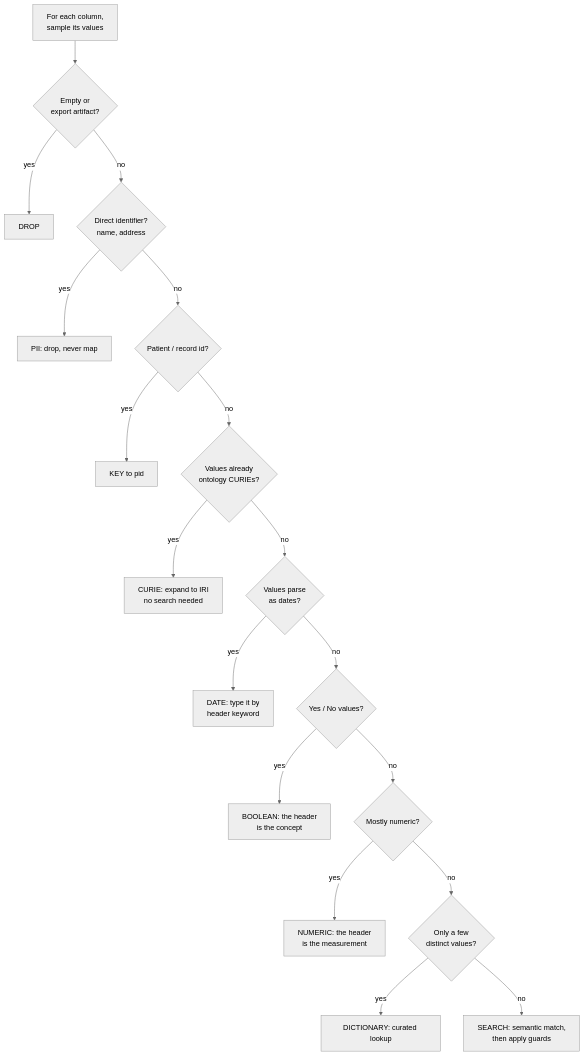
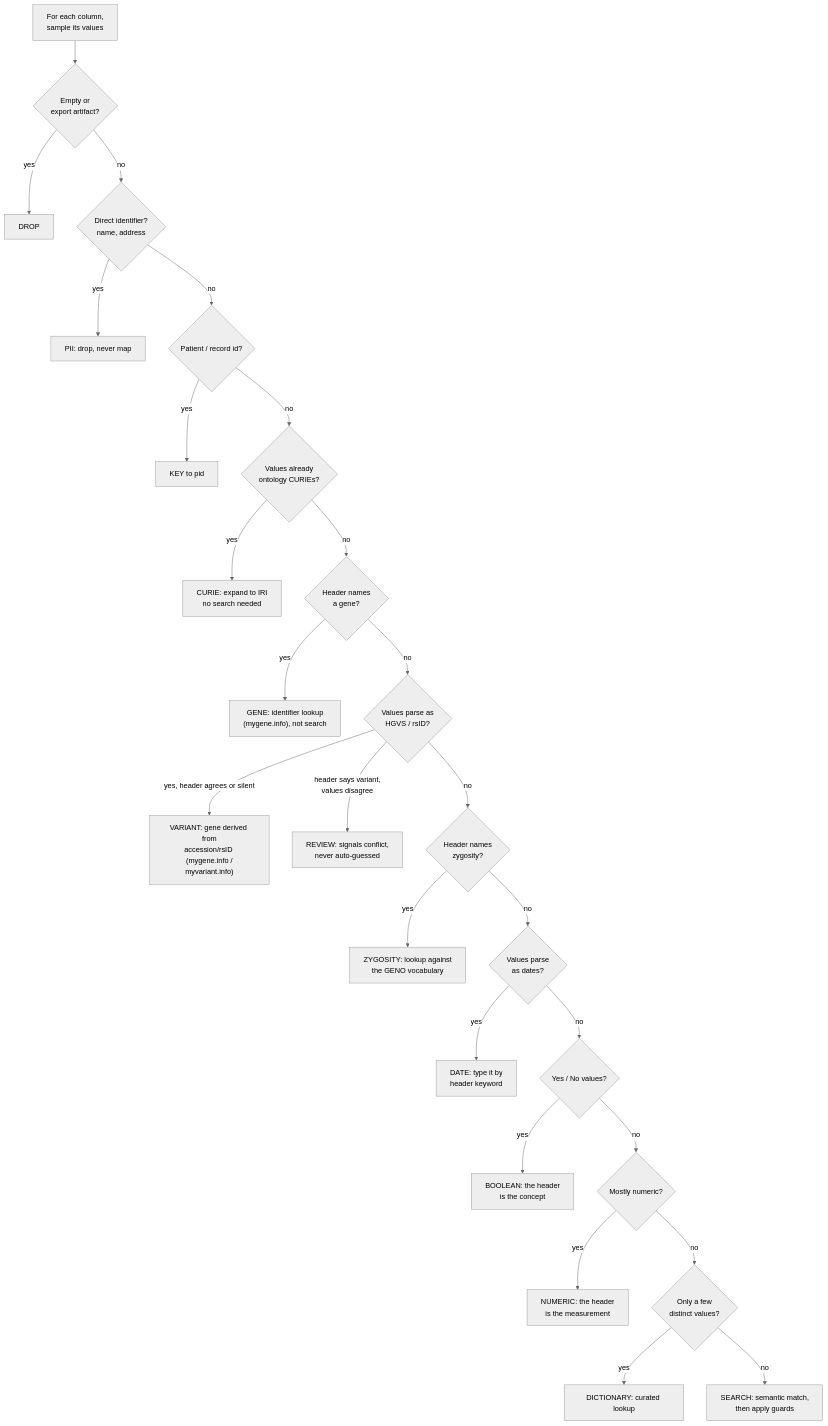
One commit to FAIR-Data-Systems/SIMPATHIC2 changed the second of 2 diagrams in ols_lookup/spreadsheet-2-CARE/PIPELINE.md. Above: the diagram before and after it, drawn with Mermaid (neutral theme). The commit also changed other lines of this file and 7 other files, not shown here.

First line of the commit message:
spreadsheet-2-CARE: add GENE/VARIANT/ZYGOSITY lanes and Genetic CSV emission

````diff
--- a/ols_lookup/spreadsheet-2-CARE/PIPELINE.md
+++ b/ols_lookup/spreadsheet-2-CARE/PIPELINE.md
@@ -62,20 +62,27 @@
 ```mermaid
 flowchart TB
   S["For each column,<br/>sample its values"] --> Q1{"Empty or<br/>export artifact?"}
   Q1 -->|yes| DROP["DROP"]
   Q1 -->|no| Q2{"Direct identifier?<br/>name, address"}
   Q2 -->|yes| PII["PII: drop, never map"]
   Q2 -->|no| Q3{"Patient / record id?"}
   Q3 -->|yes| KEY["KEY to pid"]
   Q3 -->|no| Q4{"Values already<br/>ontology CURIEs?"}
   Q4 -->|yes| CUR["CURIE: expand to IRI<br/>no search needed"]
-  Q4 -->|no| Q5{"Values parse<br/>as dates?"}
+  Q4 -->|no| Q4a{"Header names<br/>a gene?"}
+  Q4a -->|yes| GENE["GENE: identifier lookup<br/>(mygene.info), not search"]
+  Q4a -->|no| Q4b{"Values parse as<br/>HGVS / rsID?"}
+  Q4b -->|yes, header agrees or silent| VAR["VARIANT: gene derived from<br/>accession/rsID (mygene.info /<br/>myvariant.info)"]
+  Q4b -->|header says variant,<br/>values disagree| REVIEW["REVIEW: signals conflict,<br/>never auto-guessed"]
+  Q4b -->|no| Q4c{"Header names<br/>zygosity?"}
+  Q4c -->|yes| ZYG["ZYGOSITY: lookup against<br/>the GENO vocabulary"]
+  Q4c -->|no| Q5{"Values parse<br/>as dates?"}
   Q5 -->|yes| DATE["DATE: type it by<br/>header keyword"]
   Q5 -->|no| Q6{"Yes / No values?"}
   Q6 -->|yes| BOOL["BOOLEAN: the header<br/>is the concept"]
   Q6 -->|no| Q7{"Mostly numeric?"}
   Q7 -->|yes| NUM["NUMERIC: the header<br/>is the measurement"]
   Q7 -->|no| Q8{"Only a few<br/>distinct values?"}
   Q8 -->|yes| DICT["DICTIONARY: curated lookup"]
   Q8 -->|no| SRCH["SEARCH: semantic match,<br/>then apply guards"]
 ```
````
